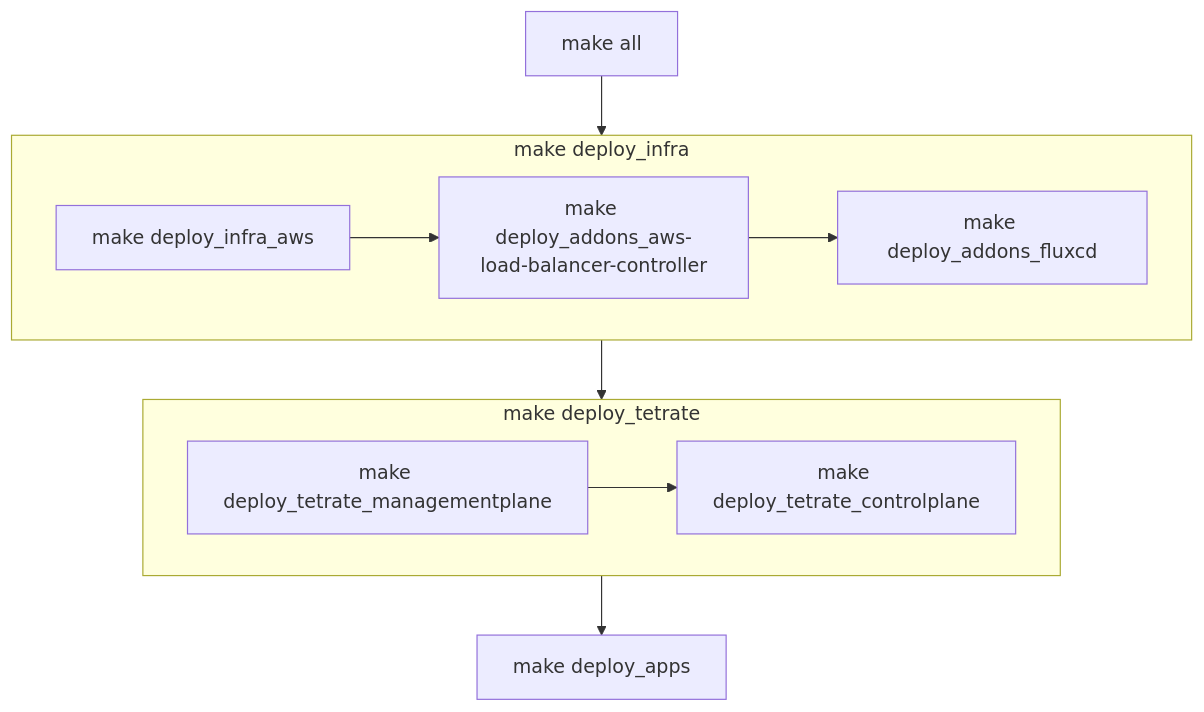
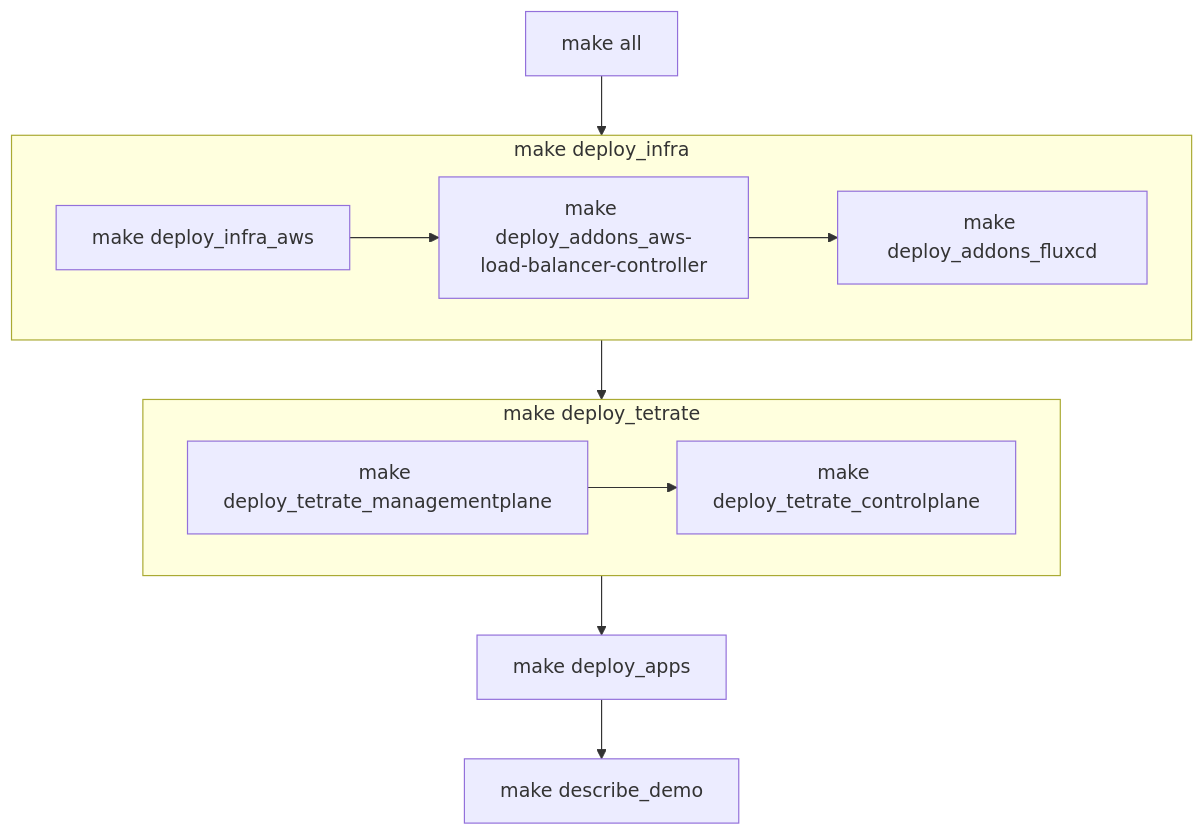
One commit to tetratelabs/tetrate-service-express-sandbox changed the diagram in README.md. Above: the diagram before and after it, drawn with Mermaid. The commit also changed other lines of this file and 4 other files, not shown here.

````diff
--- a/README.md
+++ b/README.md
@@ -15,15 +15,16 @@
 ```mermaid
   graph TD;
       all[make all] --> infra[make deploy_infra]
       subgraph infra[make deploy_infra]
         infra_aws[make deploy_infra_aws] -->
          aws-load-balancer-controller[make deploy_addons_aws-load-balancer-controller] -->
          fluxcd[make deploy_addons_fluxcd]
       end
       infra --> tetrate[make deploy_tetrate]
       subgraph tetrate[make deploy_tetrate]
          tetrate_managementplane[make deploy_tetrate_managementplane] -->
          tetrate_controlplane[make deploy_tetrate_controlplane]
       end
       tetrate --> apps[make deploy_apps]
+      apps --> describe[make describe_demo]
 ```
````
